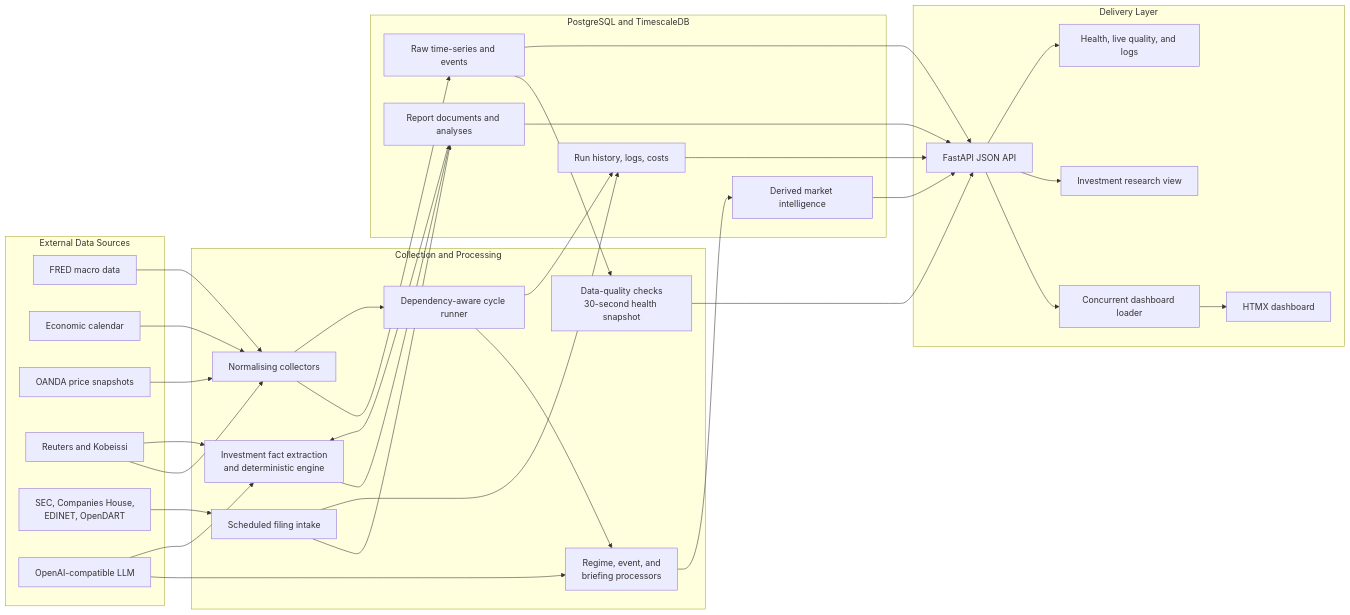
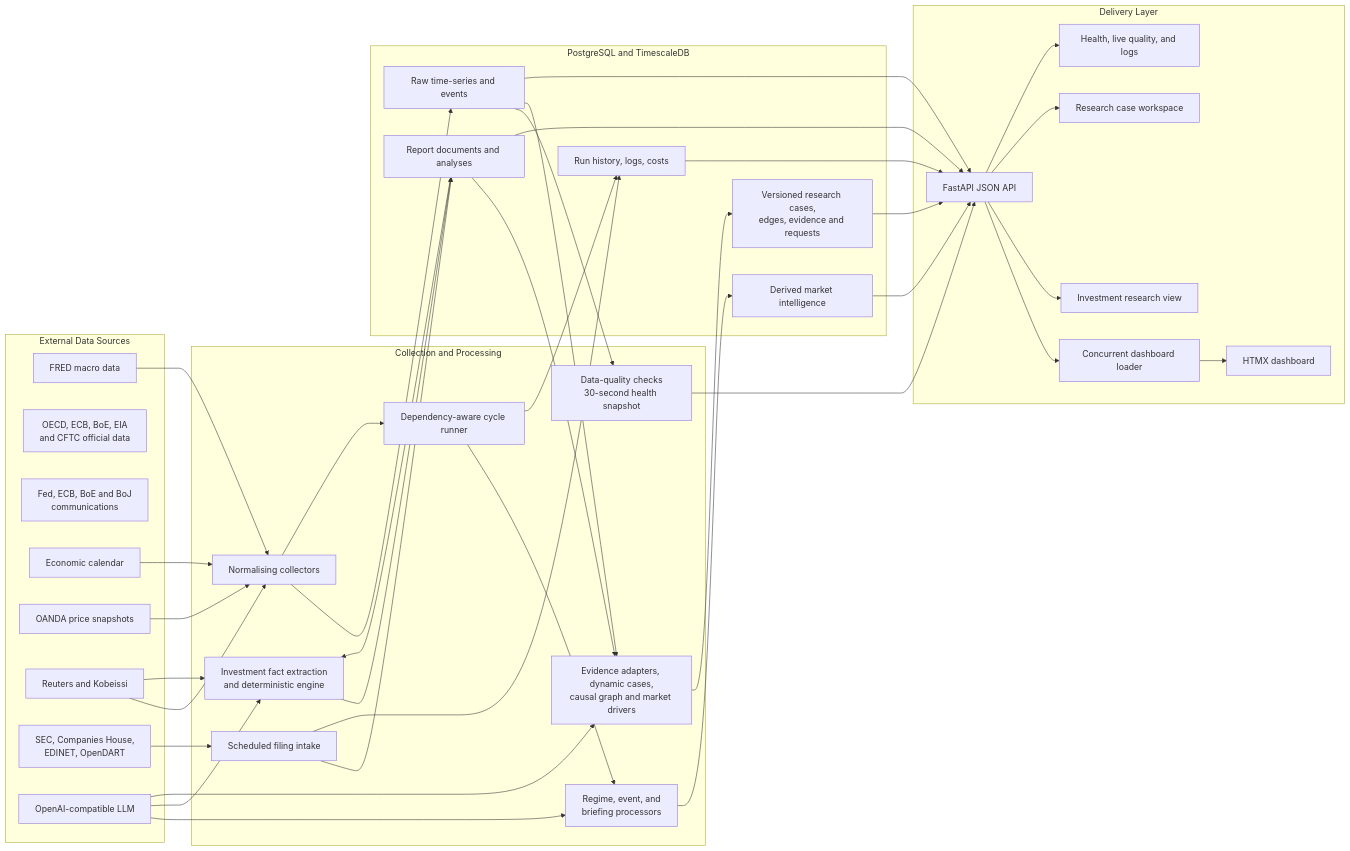
Before and after one commit to cpu23/trading-data-platform: the diagram in README.md, drawn with Mermaid. The commit also changed other lines of this file and 95 other files, not shown here.

````diff
--- a/README.md
+++ b/README.md
@@ -39,61 +39,71 @@
 ```mermaid
 flowchart LR
     subgraph Sources["External Data Sources"]
         FRED["FRED macro data"]
+        Official["OECD, ECB, BoE, EIA<br/>and CFTC official data"]
+        CentralBanks["Fed, ECB, BoE and BoJ<br/>communications"]
         Calendar["Economic calendar"]
         OANDA["OANDA price snapshots"]
         News["Reuters and Kobeissi"]
         Filings["SEC, Companies House,<br/>EDINET, OpenDART"]
         LLM["OpenAI-compatible LLM"]
     end
 
     subgraph Orchestration["Collection and Processing"]
         Collectors["Normalising collectors"]
         Cycle["Dependency-aware cycle runner"]
         FilingIntake["Scheduled filing intake"]
         Investment["Investment fact extraction<br/>and deterministic engine"]
         Intelligence["Regime, event, and<br/>briefing processors"]
+        ResearchEngine["Evidence adapters, dynamic cases,<br/>causal graph and market drivers"]
         Quality["Data-quality checks<br/>30-second health snapshot"]
     end
 
     subgraph Storage["PostgreSQL and TimescaleDB"]
         Raw["Raw time-series and events"]
         Reports["Report documents and analyses"]
         Derived["Derived market intelligence"]
+        Cases["Versioned research cases,<br/>edges, evidence and requests"]
         Operations["Run history, logs, costs"]
     end
 
     subgraph Delivery["Delivery Layer"]
         API["FastAPI JSON API"]
         Fanout["Concurrent dashboard loader"]
         Dashboard["HTMX dashboard"]
         Investments["Investment research view"]
+        Research["Research case workspace"]
         Health["Health, live quality, and logs"]
     end
 
     FRED --> Collectors
     Calendar --> Collectors
     OANDA --> Collectors
     News --> Collectors
     Collectors --> Raw
     Collectors --> Cycle
 
     Cycle --> Intelligence
     LLM --> Intelligence --> Derived
     Raw --> Quality --> API
 
     Filings --> FilingIntake --> Reports
     Reports --> Investment
     News --> Investment
     LLM --> Investment --> Reports
+    Raw --> ResearchEngine
+    Reports --> ResearchEngine
+    LLM --> ResearchEngine --> Cases
     Cycle --> Operations
     FilingIntake --> Operations
 
     Raw --> API
     Reports --> API
     Derived --> API
+    Cases --> API
     Operations --> API
     API --> Fanout --> Dashboard
     API --> Investments
+    API --> Research
     API --> Health
 ```
````
